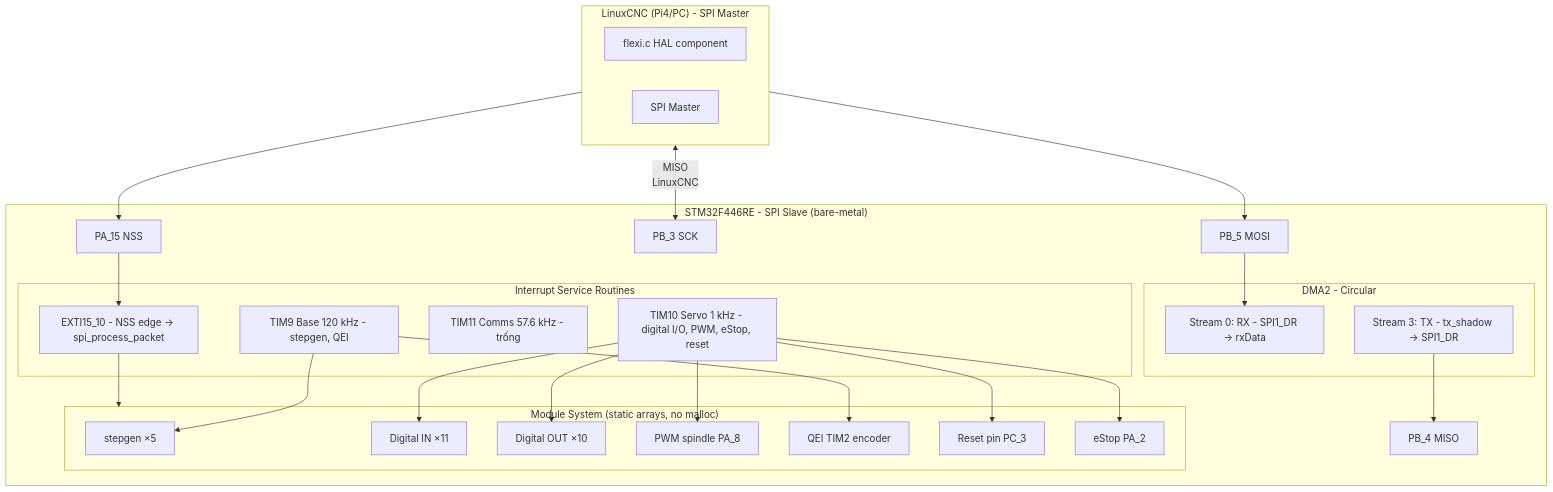
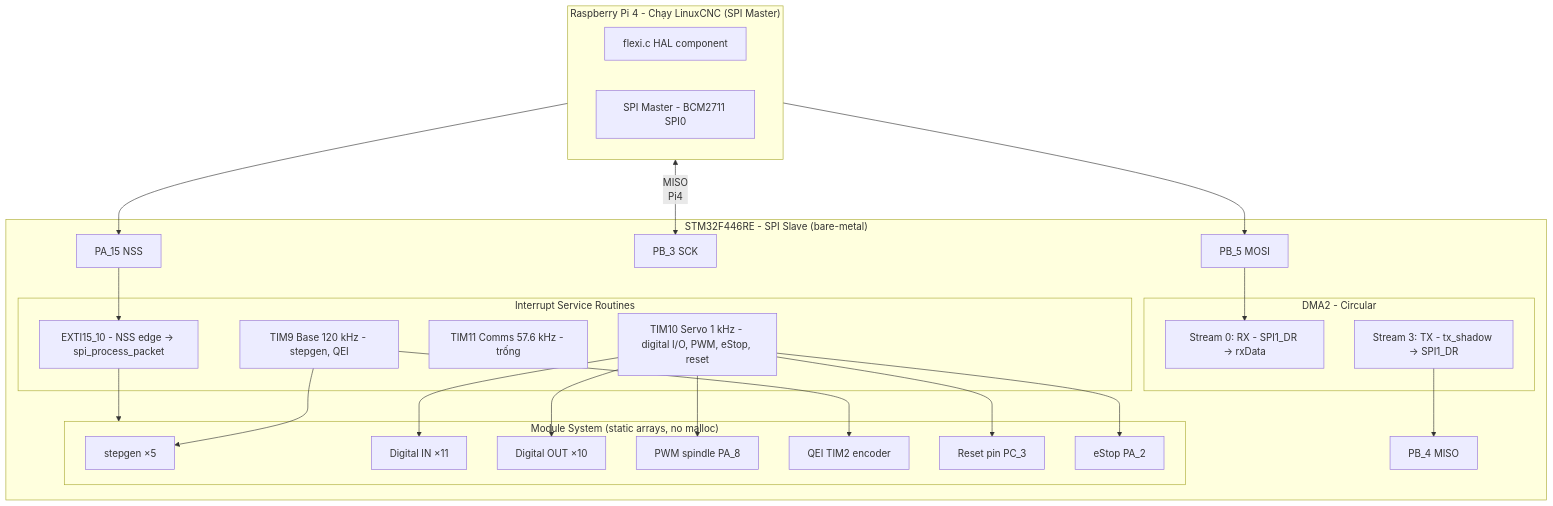
Before and after one commit to Cao-Tien-Dat/STM32F4446RET6-For-linuxcnc: the diagram in README.md, drawn with Mermaid. The commit also changed other lines of this file, not shown here.

First line of the commit message:
docs: rewrite README with clearer Pi4/LinuxCNC architecture

````diff
--- a/README.md
+++ b/README.md
@@ -11,53 +13,53 @@
 ```mermaid
 flowchart TD
-    subgraph LinuxCNC["LinuxCNC (Pi4/PC) - SPI Master"]
+    subgraph Pi4["Raspberry Pi 4 - Chạy LinuxCNC (SPI Master)"]
         HAL[flexi.c HAL component]
-        SPI_M[SPI Master]
+        SPI_M[SPI Master - BCM2711 SPI0]
     end
 
     subgraph STM32["STM32F446RE - SPI Slave (bare-metal)"]
         NSS[PA_15 NSS]
         SCK[PB_3 SCK]
         MISO[PB_4 MISO]
         MOSI[PB_5 MOSI]
 
         subgraph DMA["DMA2 - Circular"]
             DMA_RX[Stream 0: RX - SPI1_DR → rxData]
             DMA_TX[Stream 3: TX - tx_shadow → SPI1_DR]
         end
 
         subgraph ISR["Interrupt Service Routines"]
             TIM9[TIM9 Base 120 kHz - stepgen, QEI]
             TIM10[TIM10 Servo 1 kHz - digital I/O, PWM, eStop, reset]
             TIM11[TIM11 Comms 57.6 kHz - trống]
             EXTI[EXTI15_10 - NSS edge → spi_process_packet]
         end
 
         subgraph Modules["Module System (static arrays, no malloc)"]
             STEP[stepgen ×5]
             DIN[Digital IN ×11]
             DOUT[Digital OUT ×10]
             PWM[PWM spindle PA_8]
             QEI[QEI TIM2 encoder]
             RST[Reset pin PC_3]
             ESTOP[eStop PA_2]
         end
     end
 
-    LinuxCNC --> MOSI
-    LinuxCNC <-- MISO
-    LinuxCNC --> SCK
-    LinuxCNC --> NSS
+    Pi4 --> MOSI
+    Pi4 <-- MISO
+    Pi4 --> SCK
+    Pi4 --> NSS
 
     MOSI --> DMA_RX
     DMA_TX --> MISO
     NSS --> EXTI
     EXTI --> Modules
     TIM9 --> STEP
     TIM9 --> QEI
     TIM10 --> DIN
     TIM10 --> DOUT
     TIM10 --> PWM
     TIM10 --> ESTOP
     TIM10 --> RST
 ```
````
